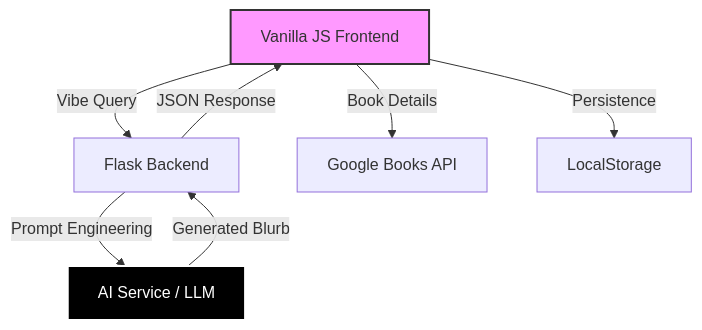
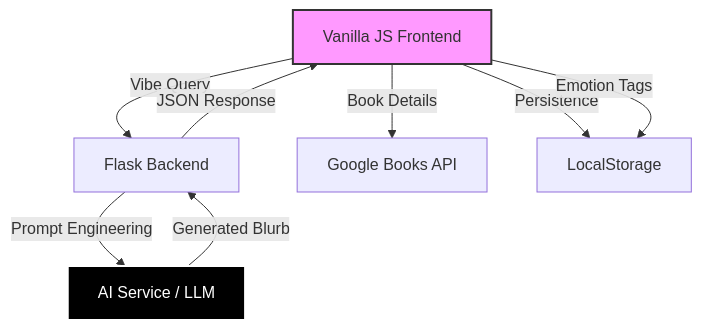
The diagram in README.md (aniket866/BiblioDrift), drawn with Mermaid before and after one commit. The commit also changed other lines of this file and 2 other files, not shown here.

````diff
--- a/README.md
+++ b/README.md
@@ -51,12 +53,13 @@
 ```mermaid
 graph TD
     A[Vanilla JS Frontend] -->|Vibe Query| B[Flask Backend]
     B -->|Prompt Engineering| C[AI Service / LLM]
     C -->|Generated Blurb| B
     B -->|JSON Response| A
     A -->|Book Details| D[Google Books API]
     A -->|Persistence| E[LocalStorage]
+    A -->|Emotion Tags| E
 
     style A fill:#f9f,stroke:#333,stroke-width:2px
     style C fill:#000,stroke:#fff,stroke-width:2px,color:#fff
 ```
````
